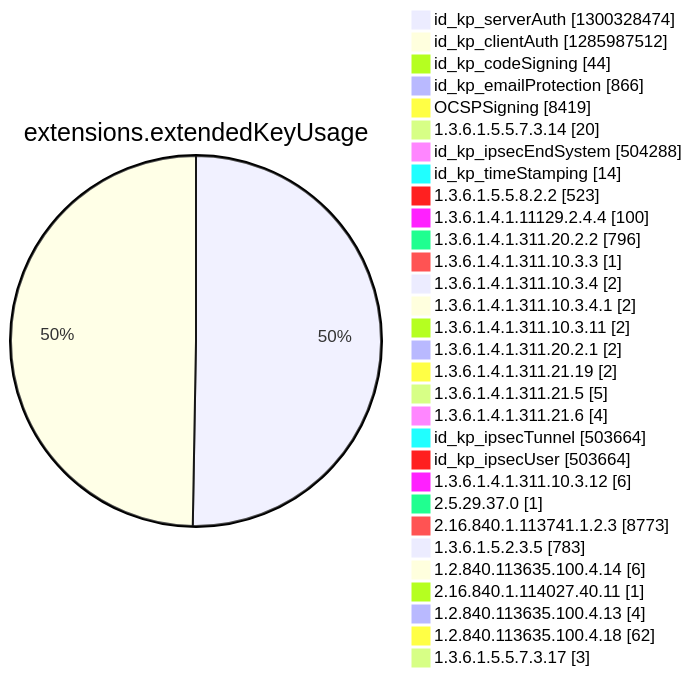
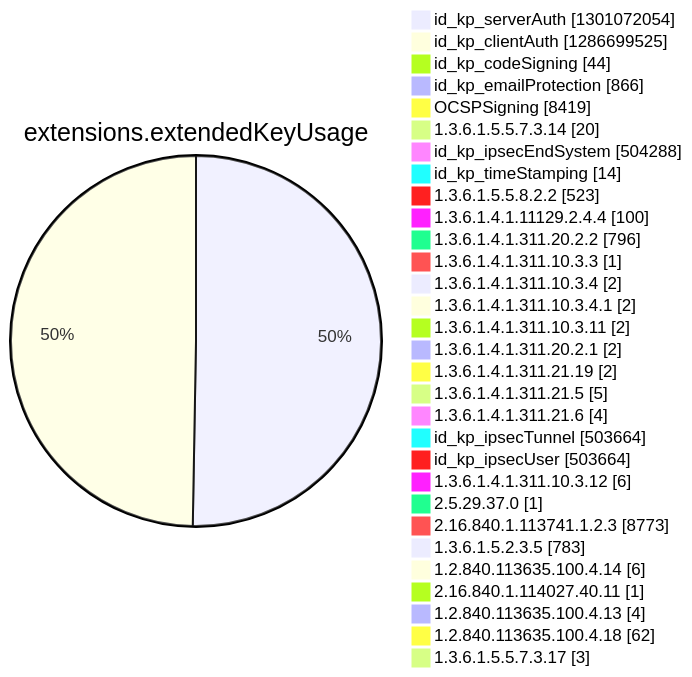
Before and after one commit to christiankrug/ctmonitor_visualization: diagram 12 of 15 in argon2022/README.md, drawn with Mermaid. The commit also changed other lines of this file, not shown here.

````diff
--- a/argon2022/README.md
+++ b/argon2022/README.md
@@ -3551,34 +3551,34 @@
 ```mermaid
 pie showData
 title extensions.extendedKeyUsage
-"id_kp_serverAuth" :1300328474
-"id_kp_clientAuth" :1285987512
+"id_kp_serverAuth" :1301072054
+"id_kp_clientAuth" :1286699525
 "id_kp_codeSigning" :44
 "id_kp_emailProtection" :866
 "OCSPSigning" :8419
 "1.3.6.1.5.5.7.3.14" :20
 "id_kp_ipsecEndSystem" :504288
 "id_kp_timeStamping" :14
 "1.3.6.1.5.5.8.2.2" :523
 "1.3.6.1.4.1.11129.2.4.4" :100
 "1.3.6.1.4.1.311.20.2.2" :796
 "1.3.6.1.4.1.311.10.3.3" :1
 "1.3.6.1.4.1.311.10.3.4" :2
 "1.3.6.1.4.1.311.10.3.4.1" :2
 "1.3.6.1.4.1.311.10.3.11" :2
 "1.3.6.1.4.1.311.20.2.1" :2
 "1.3.6.1.4.1.311.21.19" :2
 "1.3.6.1.4.1.311.21.5" :5
 "1.3.6.1.4.1.311.21.6" :4
 "id_kp_ipsecTunnel" :503664
 "id_kp_ipsecUser" :503664
 "1.3.6.1.4.1.311.10.3.12" :6
 "2.5.29.37.0" :1
 "2.16.840.1.113741.1.2.3" :8773
 "1.3.6.1.5.2.3.5" :783
 "1.2.840.113635.100.4.14" :6
 "2.16.840.1.114027.40.11" :1
 "1.2.840.113635.100.4.13" :4
 "1.2.840.113635.100.4.18" :62
 "1.3.6.1.5.5.7.3.17" :3
 ```
````
